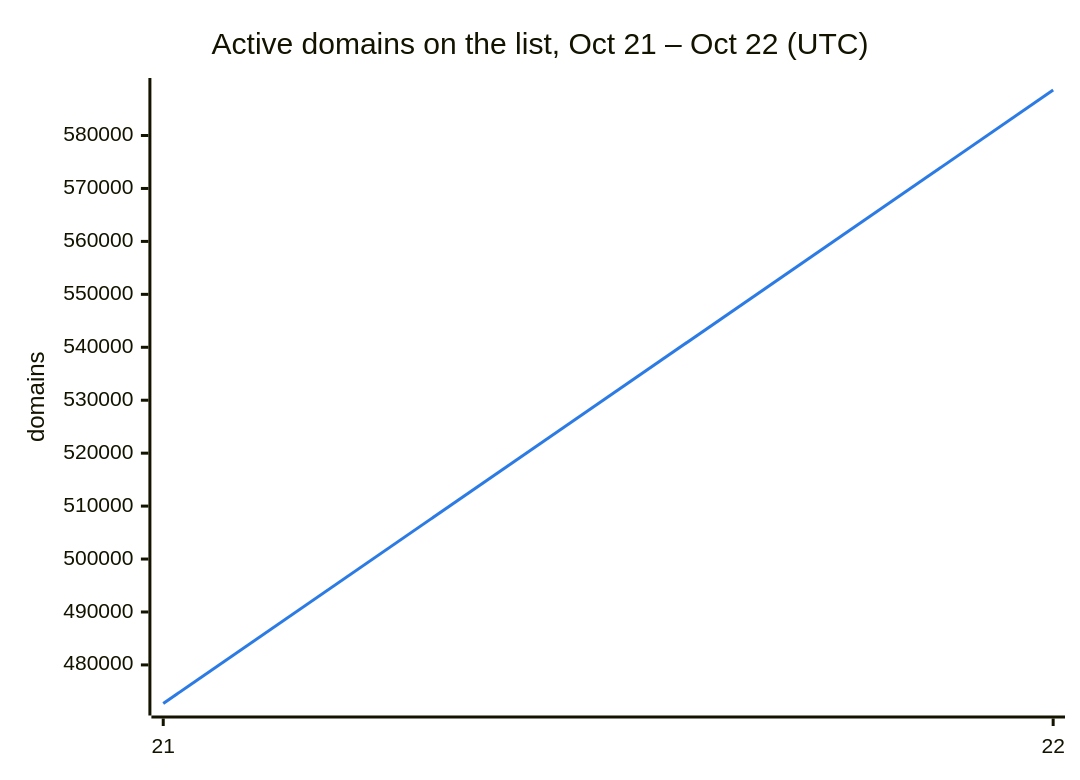
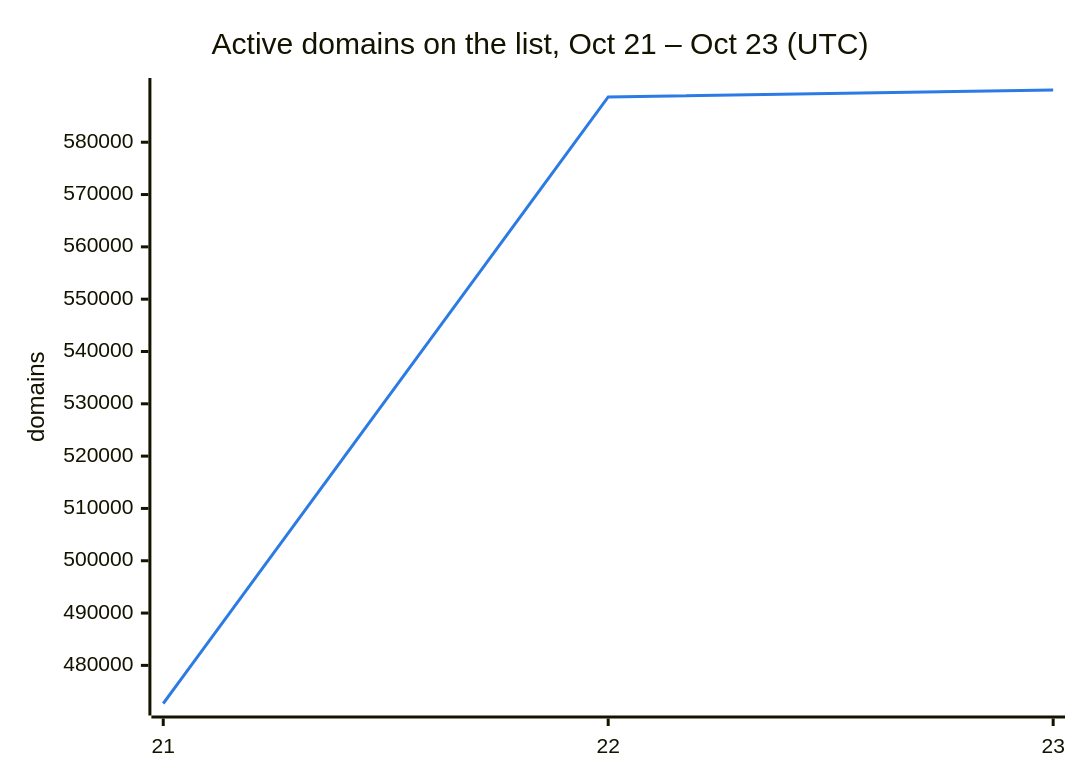
One commit to DNSBunker/CTI changed the second of 3 diagrams in README.md. Above: the diagram before and after it, drawn with Mermaid. The commit also changed other lines of this file and 3 other files, not shown here.

First line of the commit message:
Update 2026-10-23 00:05 UTC: 589984 domains

````diff
--- a/README.md
+++ b/README.md
@@ -38,8 +38,8 @@
 ```mermaid
 %%{init: {"themeVariables": {"xyChart": {"plotColorPalette": "#2c7be5"}}}}%%
 xychart-beta
-    title "Active domains on the list, Oct 21 – Oct 22 (UTC)"
-    x-axis ["21", "22"]
+    title "Active domains on the list, Oct 21 – Oct 23 (UTC)"
+    x-axis ["21", "22", "23"]
     y-axis "domains"
-    line [472713, 588599]
+    line [472713, 588659, 589984]
 ```
````
